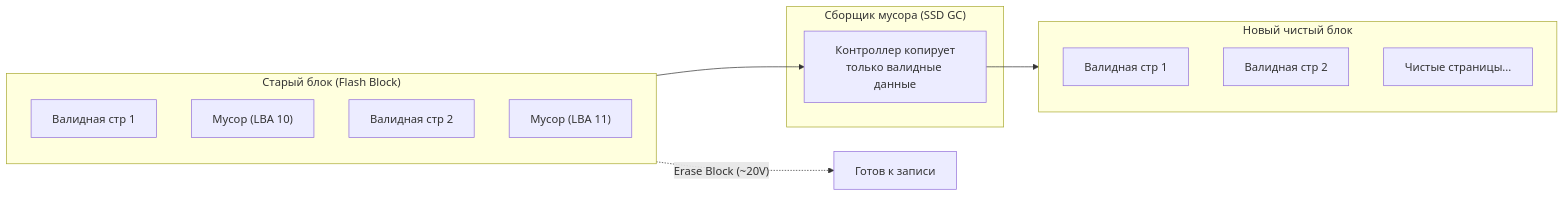
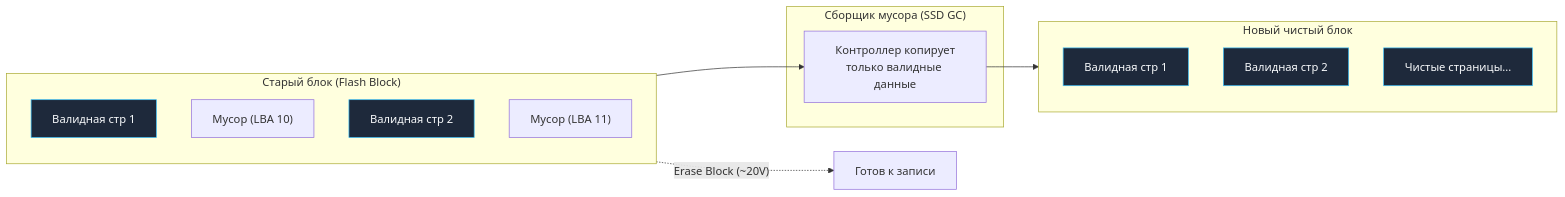
One commit to UnrealTemplier/go-textbook changed the fourth of 6 diagrams in sources/2. Устройство и работа ОС/44. Диски и устройства хранения.md. Above: the diagram before and after it, drawn with Mermaid. The commit also changed other lines of this file and 1666 other files, not shown here.

First line of the commit message:
feat(mermaid): add semantic color classDef to 1369 colorless flowchart/graph diagrams

````diff
--- a/sources/2. Устройство и работа ОС/44. Диски и устройства хранения.md
+++ b/sources/2. Устройство и работа ОС/44. Диски и устройства хранения.md
@@ -126,23 +156,33 @@
 ```mermaid
 flowchart LR
+    classDef process  fill:#1e293b,stroke:#38bdf8,stroke-width:1px,color:#f8fafc
+    classDef success  fill:#064e3b,stroke:#34d399,stroke-width:1px,color:#f8fafc
+    classDef error    fill:#7f1d1d,stroke:#f87171,stroke-width:1px,color:#f8fafc
+    classDef warning  fill:#78350f,stroke:#fbbf24,stroke-width:1px,color:#f8fafc
+    classDef entry    fill:#1e3a5f,stroke:#38bdf8,stroke-width:2px,color:#f8fafc
+    classDef aux      fill:#334155,stroke:#64748b,stroke-width:1px,color:#f8fafc
+    classDef system   fill:#312e81,stroke:#a78bfa,stroke-width:1px,color:#f8fafc
+    classDef data     fill:#132d29,stroke:#2dd4bf,stroke-width:1px,color:#f8fafc
+    classDef network  fill:#881337,stroke:#fb7185,stroke-width:1px,color:#f8fafc
+    classDef accent   fill:#1e1b4b,stroke:#818cf8,stroke-width:1px,color:#f8fafc
     subgraph DirtyBlock["Старый блок (Flash Block)"]
-        V1["Валидная стр 1"]
+        V1["Валидная стр 1"]:::process
         D1["Мусор (LBA 10)"]
-        V2["Валидная стр 2"]
+        V2["Валидная стр 2"]:::process
         D2["Мусор (LBA 11)"]
     end
 
     subgraph GCAction["Сборщик мусора (SSD GC)"]
         Controller["Контроллер копирует
 только валидные данные"]
     end
 
     subgraph NewBlock["Новый чистый блок"]
-        NV1["Валидная стр 1"]
-        NV2["Валидная стр 2"]
-        Empty["Чистые страницы..."]
+        NV1["Валидная стр 1"]:::process
+        NV2["Валидная стр 2"]:::process
+        Empty["Чистые страницы..."]:::process
     end
 
     DirtyBlock --> Controller --> NewBlock
     DirtyBlock -.->|"Erase Block (~20V)"| Erased["Готов к записи"]
 ```
````
